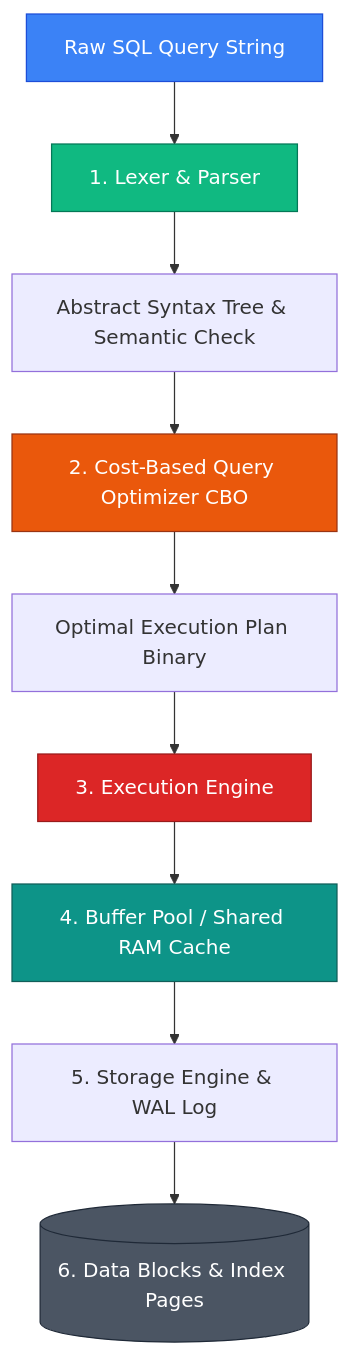
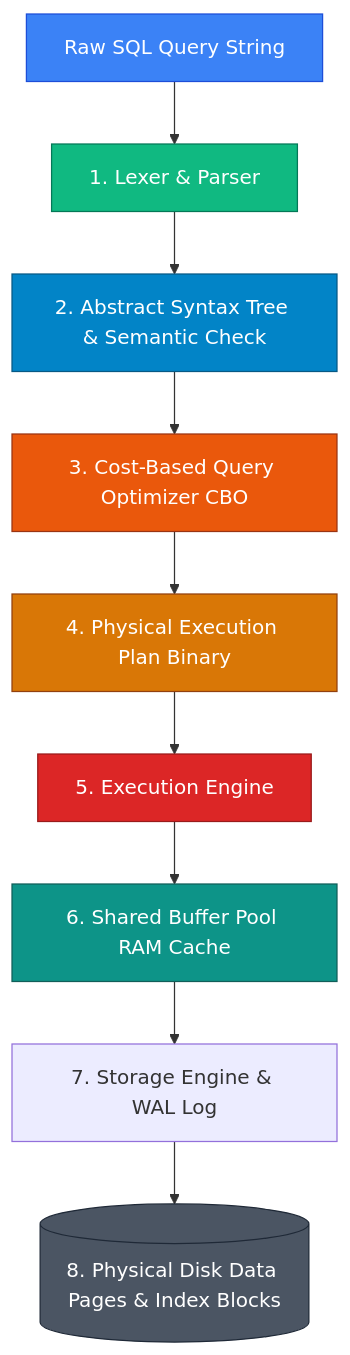
Before and after one commit to kamranxdev/kdev-notes: the diagram in content/docs/database/sql/01-architecture-and-ddl-dml/sql-engine-architecture.mdx, drawn with Mermaid. The commit also changed other lines of this file and 11 other files, not shown here.

````diff
--- a/content/docs/database/sql/01-architecture-and-ddl-dml/sql-engine-architecture.mdx
+++ b/content/docs/database/sql/01-architecture-and-ddl-dml/sql-engine-architecture.mdx
@@ -10,18 +20,20 @@
 ```mermaid
 graph TD
     Query[Raw SQL Query String] --> Lexer[1. Lexer & Parser]
-    Lexer --> AST[Abstract Syntax Tree & Semantic Check]
-    AST --> CBO[2. Cost-Based Query Optimizer CBO]
-    CBO --> Plan[Optimal Execution Plan Binary]
-    Plan --> ExecEngine[3. Execution Engine]
-    ExecEngine --> BufferPool[4. Buffer Pool / Shared RAM Cache]
-    BufferPool --> StorageManager[5. Storage Engine & WAL Log]
-    StorageManager --> DataFiles[(6. Data Blocks & Index Pages)]
+    Lexer --> AST[2. Abstract Syntax Tree & Semantic Check]
+    AST --> CBO[3. Cost-Based Query Optimizer CBO]
+    CBO --> Plan[4. Physical Execution Plan Binary]
+    Plan --> ExecEngine[5. Execution Engine]
+    ExecEngine --> BufferPool[6. Shared Buffer Pool RAM Cache]
+    BufferPool --> StorageManager[7. Storage Engine & WAL Log]
+    StorageManager --> DataFiles[(8. Physical Disk Data Pages & Index Blocks)]
 
     style Query fill:#3b82f6,color:#fff,stroke:#1d4ed8
     style Lexer fill:#10b981,color:#fff,stroke:#047857
+    style AST fill:#0284c7,color:#fff,stroke:#075985
     style CBO fill:#ea580c,color:#fff,stroke:#9a3412
+    style Plan fill:#d97706,color:#fff,stroke:#92400e
     style ExecEngine fill:#dc2626,color:#fff,stroke:#991b1b
     style BufferPool fill:#0d9488,color:#fff,stroke:#115e59
     style DataFiles fill:#4b5563,color:#fff,stroke:#1f2937
 ```
````
